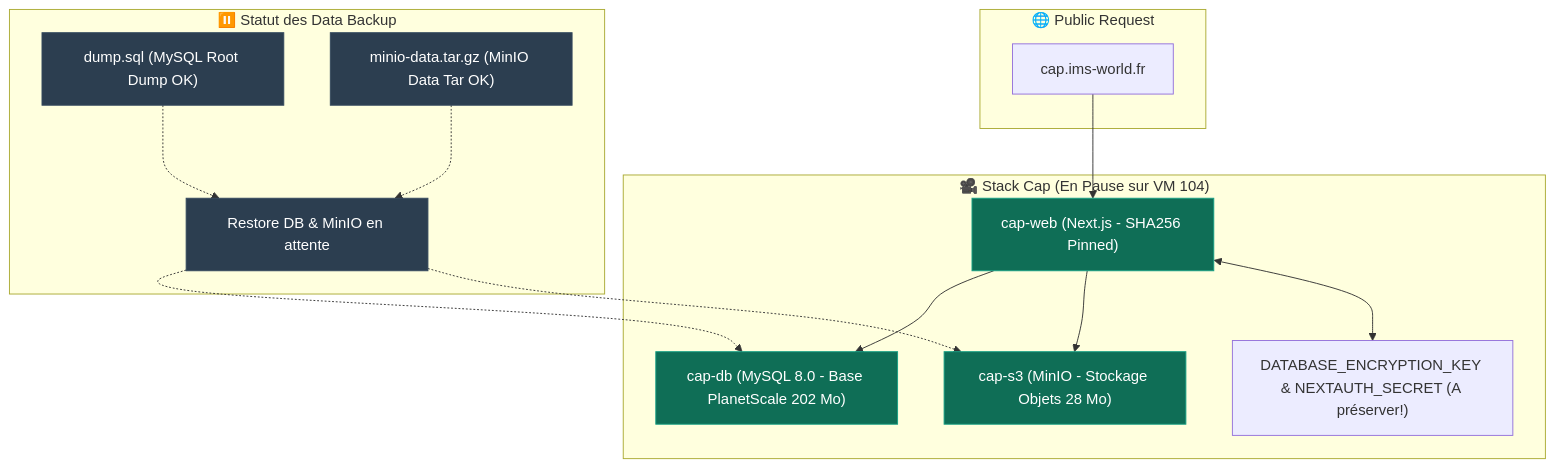
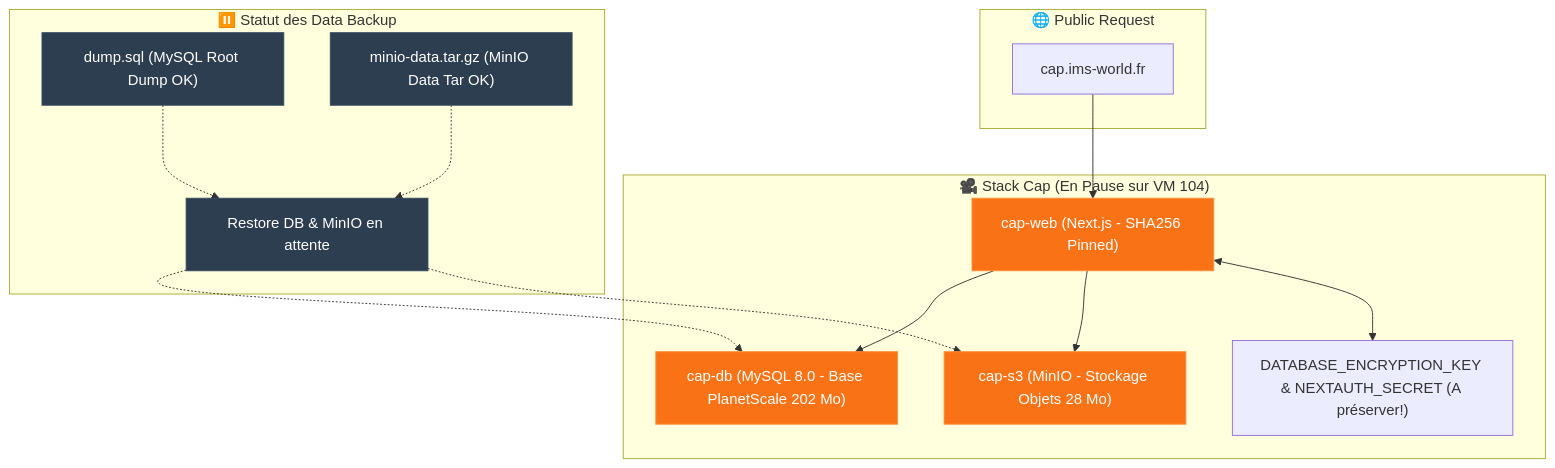
Before and after one commit to ims-world/docs: the diagram in services/cap.md, drawn with Mermaid. The commit also changed other lines of this file and 5 other files, not shown here.

````diff
--- a/services/cap.md
+++ b/services/cap.md
@@ -21,34 +52,34 @@
 ```mermaid
 graph TD
     subgraph WAN ["🌐 Public Request"]
         REQ["cap.ims-world.fr"]
     end
 
     subgraph CAP_STACK ["🎥 Stack Cap (En Pause sur VM 104)"]
         WEB["cap-web (Next.js - SHA256 Pinned)"]
         DB["cap-db (MySQL 8.0 - Base PlanetScale 202 Mo)"]
         S3["cap-s3 (MinIO - Stockage Objets 28 Mo)"]
         KEYS["DATABASE_ENCRYPTION_KEY & NEXTAUTH_SECRET (A préserver!)"]
     end
 
     subgraph MIGRATION_STATE ["⏸️ Statut des Data Backup"]
         DUMP["dump.sql (MySQL Root Dump OK)"]
         MINIO_TAR["minio-data.tar.gz (MinIO Data Tar OK)"]
         RESTORE["Restore DB & MinIO en attente"]
     end
 
     REQ --> WEB
     WEB --> DB
     WEB --> S3
     WEB <--> KEYS
 
     DUMP -.-> RESTORE
     MINIO_TAR -.-> RESTORE
     RESTORE -.-> DB
     RESTORE -.-> S3
 
-    classDef web fill:#0F6E56,stroke:#16A085,color:#fff;
+    classDef web fill:#F97316,stroke:#FB923C,color:#fff;
     classDef state fill:#2c3e50,stroke:#34495e,color:#fff;
     class WEB,DB,S3 web;
     class DUMP,MINIO_TAR,RESTORE state;
 ```
````
